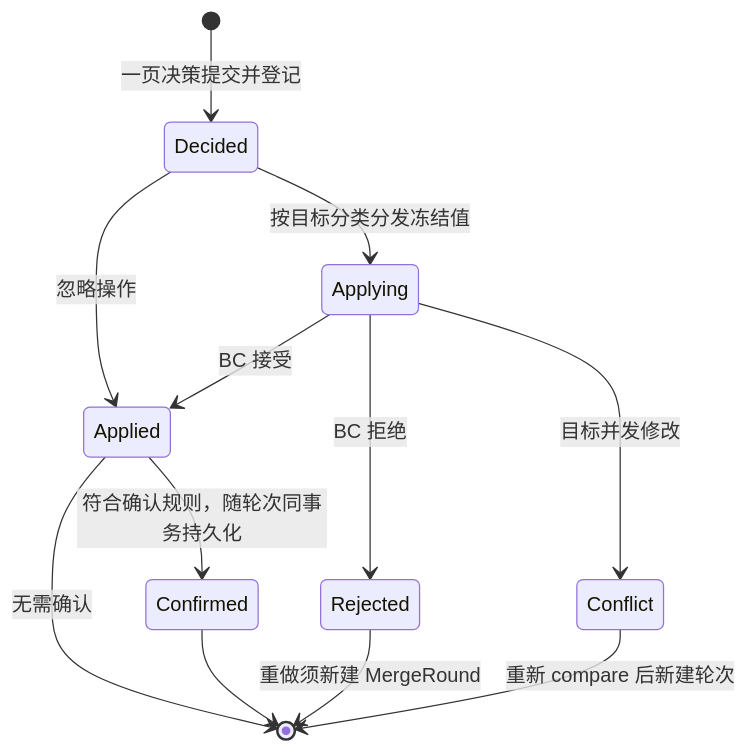
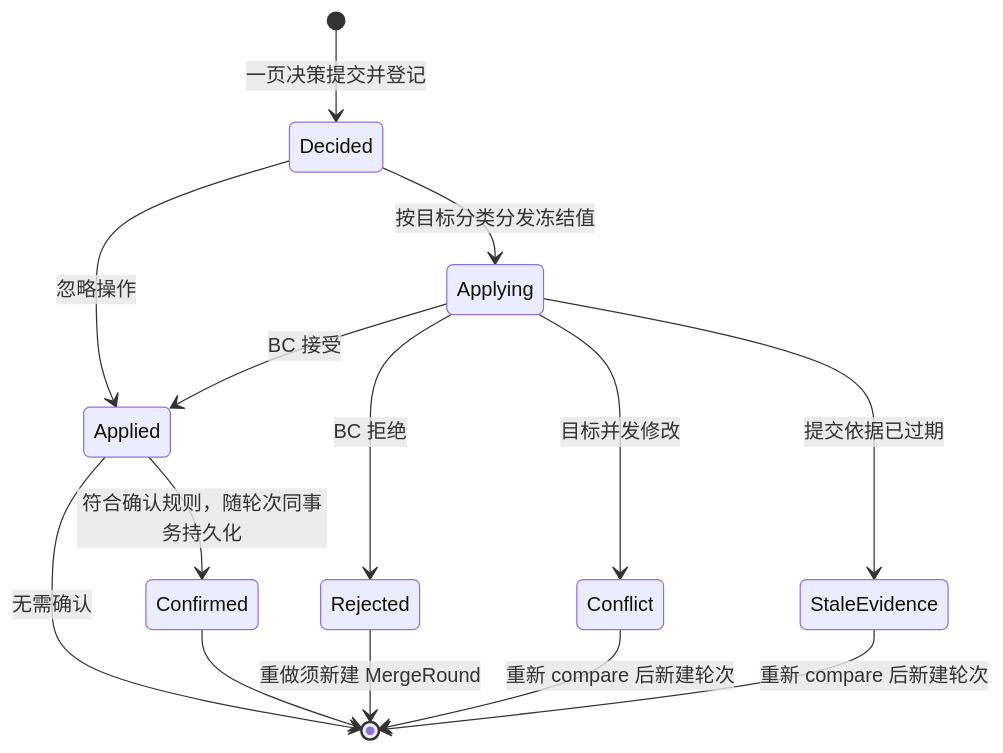
Before and after one commit to Greytrack/ddd-workingset: the second of 4 diagrams in docs/working-set/diagrams/merge-entry-lifecycle.md, drawn with Mermaid. The commit also changed other lines of this file and 44 other files, not shown here.

````diff
--- a/docs/working-set/diagrams/merge-entry-lifecycle.md
+++ b/docs/working-set/diagrams/merge-entry-lifecycle.md
@@ -74,14 +74,16 @@
 ```mermaid
 stateDiagram-v2
     [*] --> Decided: 一页决策提交并登记
     Decided --> Applying: 按目标分类分发冻结值
     Decided --> Applied: 忽略操作
     Applying --> Applied: BC 接受
     Applying --> Rejected: BC 拒绝
     Applying --> Conflict: 目标并发修改
+    Applying --> StaleEvidence: 提交依据已过期
     Applied --> Confirmed: 符合确认规则，随轮次同事务持久化
     Applied --> [*]: 无需确认
     Confirmed --> [*]
     Rejected --> [*]: 重做须新建 MergeRound
     Conflict --> [*]: 重新 compare 后新建轮次
+    StaleEvidence --> [*]: 重新 compare 后新建轮次
 ```
````
